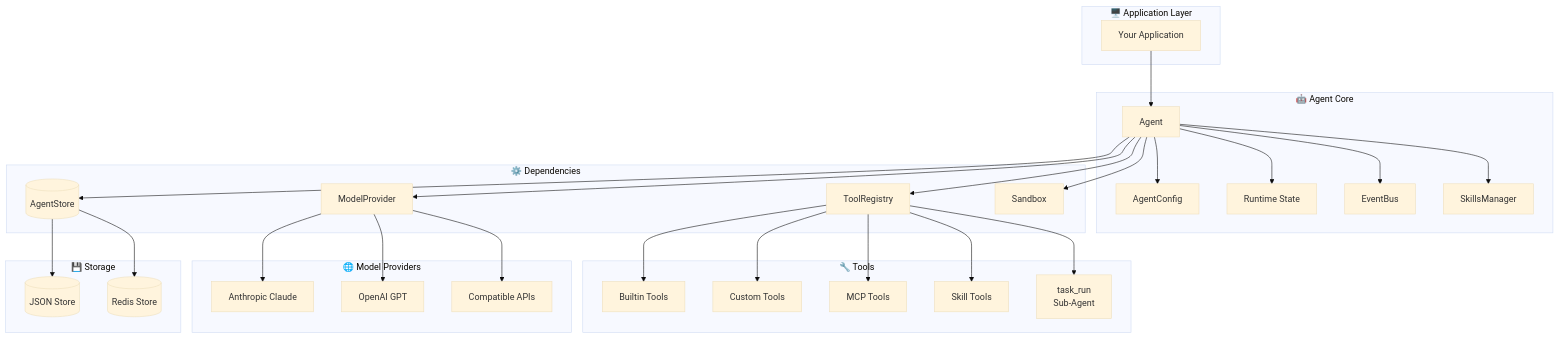
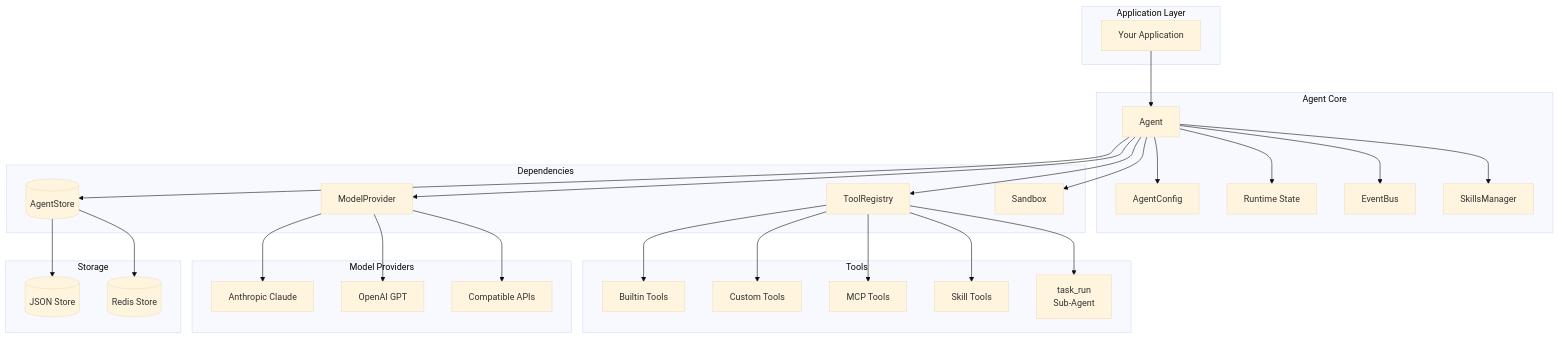
Before and after one commit to yuefanliang/kode-sdk-csharp: the first of 3 diagrams in README.md, drawn with Mermaid (base theme). The commit also changed other lines of this file and 86 other files, not shown here.

First line of the commit message:
feat: add skills system and refactor assistant architecture

````diff
--- a/README.md
+++ b/README.md
@@ -59,64 +59,64 @@
 ```mermaid
 graph TB
-    subgraph Application["🖥️ Application Layer"]
+    subgraph Application["Application Layer"]
         App[Your Application]
     end
 
-    subgraph Agent["🤖 Agent Core"]
+    subgraph Agent["Agent Core"]
         AgentCore[Agent]
         Config[AgentConfig]
         State[Runtime State]
         EventBus[EventBus]
         Skills[SkillsManager]
     end
 
-    subgraph Dependencies["⚙️ Dependencies"]
+    subgraph Dependencies["Dependencies"]
         Store[(AgentStore)]
         Registry[ToolRegistry]
         Provider[ModelProvider]
         Sandbox[Sandbox]
     end
 
-    subgraph Tools["🔧 Tools"]
+    subgraph Tools["Tools"]
         Builtin[Builtin Tools]
         Custom[Custom Tools]
         MCP[MCP Tools]
         SkillTools[Skill Tools]
         TaskRun[task_run<br/>Sub-Agent]
     end
 
-    subgraph Providers["🌐 Model Providers"]
+    subgraph Providers["Model Providers"]
         Anthropic[Anthropic Claude]
         OpenAI[OpenAI GPT]
         Compatible[Compatible APIs]
     end
 
-    subgraph Storage["💾 Storage"]
+    subgraph Storage["Storage"]
         JSON[(JSON Store)]
         Redis[(Redis Store)]
     end
 
     App --> AgentCore
     AgentCore --> Config
     AgentCore --> State
     AgentCore --> EventBus
     AgentCore --> Skills
 
     AgentCore --> Store
     AgentCore --> Registry
     AgentCore --> Provider
     AgentCore --> Sandbox
 
     Registry --> Builtin
     Registry --> Custom
     Registry --> MCP
     Registry --> SkillTools
     Registry --> TaskRun
 
     Provider --> Anthropic
     Provider --> OpenAI
     Provider --> Compatible
 
     Store --> JSON
     Store --> Redis
 ```
````
